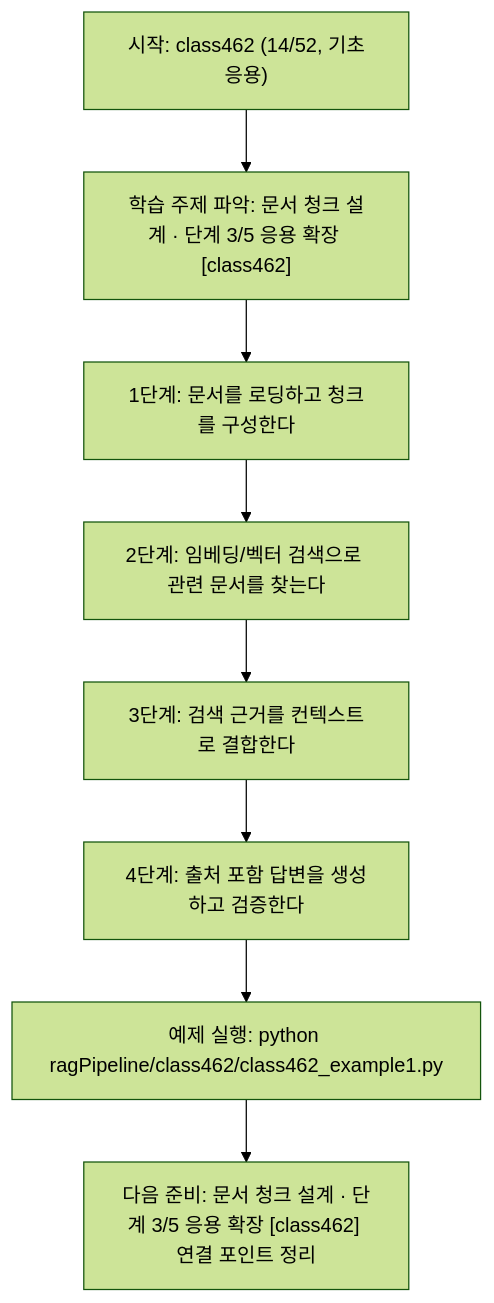
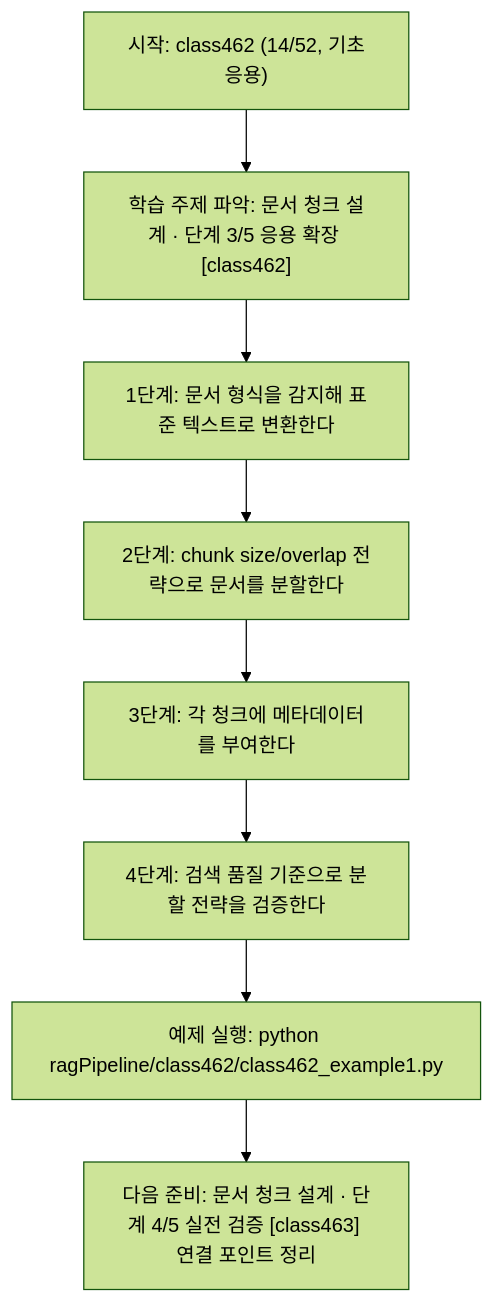
Before and after one commit to edumgt/Python-AI_Agent-Class: the diagram in ragPipeline/class462/class462.md, drawn with Mermaid (forest theme). The commit also changed other lines of this file and 367 other files, not shown here.

````diff
--- a/ragPipeline/class462/class462.md
+++ b/ragPipeline/class462/class462.md
@@ -111,18 +92,18 @@
 ```mermaid
 flowchart TD
 N1["시작: class462 (14/52, 기초응용)"]
 N2["학습 주제 파악: 문서 청크 설계 · 단계 3/5 응용 확장 [class462]"]
-N3["1단계: 문서를 로딩하고 청크를 구성한다"]
-N4["2단계: 임베딩/벡터 검색으로 관련 문서를 찾는다"]
-N5["3단계: 검색 근거를 컨텍스트로 결합한다"]
-N6["4단계: 출처 포함 답변을 생성하고 검증한다"]
+N3["1단계: 문서 형식을 감지해 표준 텍스트로 변환한다"]
+N4["2단계: chunk size/overlap 전략으로 문서를 분할한다"]
+N5["3단계: 각 청크에 메타데이터를 부여한다"]
+N6["4단계: 검색 품질 기준으로 분할 전략을 검증한다"]
 N7["예제 실행: python ragPipeline/class462/class462_example1.py"]
-N8["다음 준비: 문서 청크 설계 · 단계 3/5 응용 확장 [class462] 연결 포인트 정리"]
+N8["다음 준비: 문서 청크 설계 · 단계 4/5 실전 검증 [class463] 연결 포인트 정리"]
 N1 --> N2
 N2 --> N3
 N3 --> N4
 N4 --> N5
 N5 --> N6
 N6 --> N7
 N7 --> N8
 ```
````
